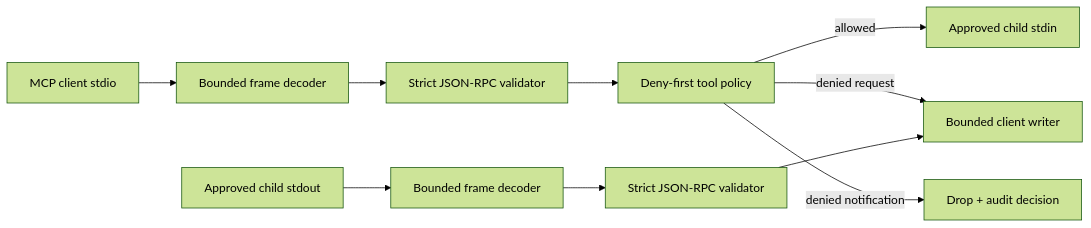
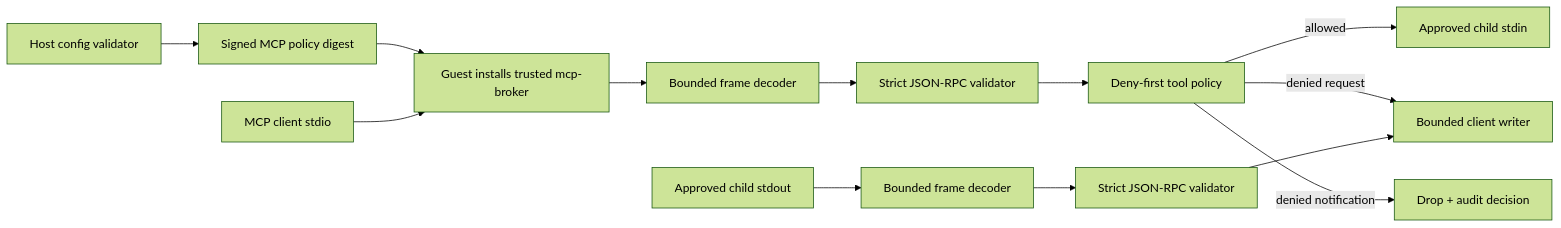
One commit to mbianchidev/sendbox changed the diagram in docs/architecture/mcp-broker.md. Above: the diagram before and after it, drawn with Mermaid (forest theme). The commit also changed other lines of this file and 25 other files, not shown here.

````diff
--- a/docs/architecture/mcp-broker.md
+++ b/docs/architecture/mcp-broker.md
@@ -12,12 +13,15 @@
 ```mermaid
 flowchart LR
-    Client[MCP client stdio] --> Decoder[Bounded frame decoder]
+    Host[Host config validator] --> Signed[Signed MCP policy digest]
+    Signed --> Guest[Guest installs trusted mcp-broker]
+    Client[MCP client stdio] --> Guest
+    Guest --> Decoder[Bounded frame decoder]
     Decoder --> Validator[Strict JSON-RPC validator]
     Validator --> Policy[Deny-first tool policy]
     Policy -->|allowed| ChildIn[Approved child stdin]
     Policy -->|denied request| ClientOut[Bounded client writer]
     Policy -->|denied notification| Drop[Drop + audit decision]
     ChildOut[Approved child stdout] --> ServerDecoder[Bounded frame decoder]
     ServerDecoder --> ServerValidator[Strict JSON-RPC validator]
     ServerValidator --> ClientOut
 ```
````
